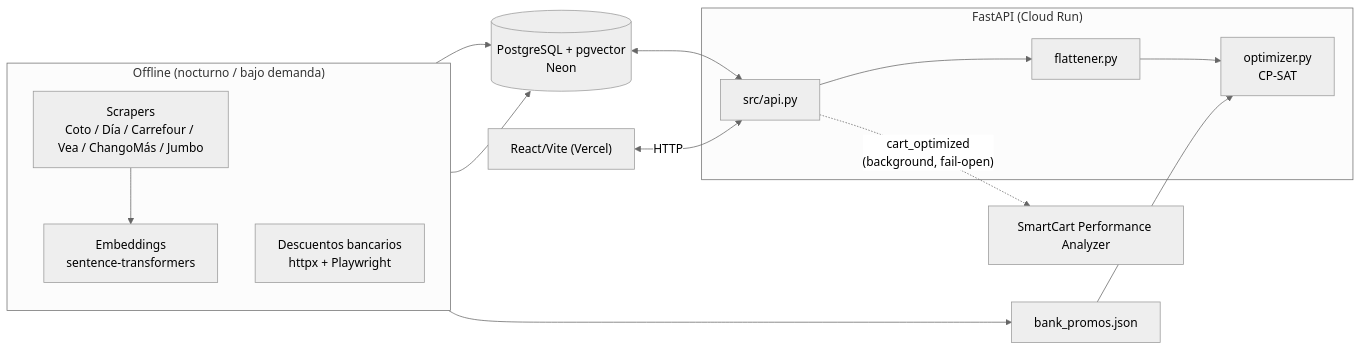
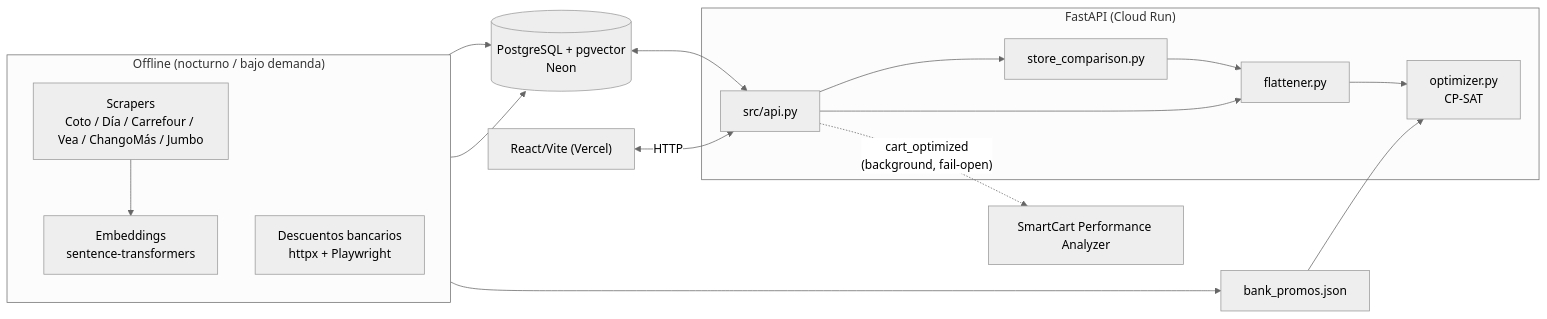
The diagram in docs/arquitectura.md (aviollaz/SmartCart), drawn with Mermaid (neutral theme) before and after one commit. The commit also changed other lines of this file, not shown here.

````diff
--- a/docs/arquitectura.md
+++ b/docs/arquitectura.md
@@ -25,31 +31,33 @@
 ```mermaid
 flowchart LR
     subgraph Offline["Offline (nocturno / bajo demanda)"]
         direction TB
         SCR["Scrapers\nCoto / Día / Carrefour / Vea / ChangoMás / Jumbo"]
         EMB["Embeddings\nsentence-transformers"]
         BANK["Descuentos bancarios\nhttpx + Playwright"]
         SCR --> EMB
     end
 
     DB[(PostgreSQL + pgvector\nNeon)]
     SCR --> DB
     EMB --> DB
     BANK --> JSON["bank_promos.json"]
 
     subgraph Backend["FastAPI (Cloud Run)"]
         API["src/api.py"]
+        CMP["store_comparison.py"]
         FLAT["flattener.py"]
         OPT["optimizer.py\nCP-SAT"]
-        API --> FLAT --> OPT
+        API --> CMP --> FLAT --> OPT
+        API --> FLAT
     end
 
     DB <--> API
     JSON --> OPT
 
     FE["React/Vite (Vercel)"]
     FE <-- "HTTP" --> API
 
     ANALYTICS["SmartCart Performance Analyzer"]
     API -. "cart_optimized\n(background, fail-open)" .-> ANALYTICS
 ```
````
